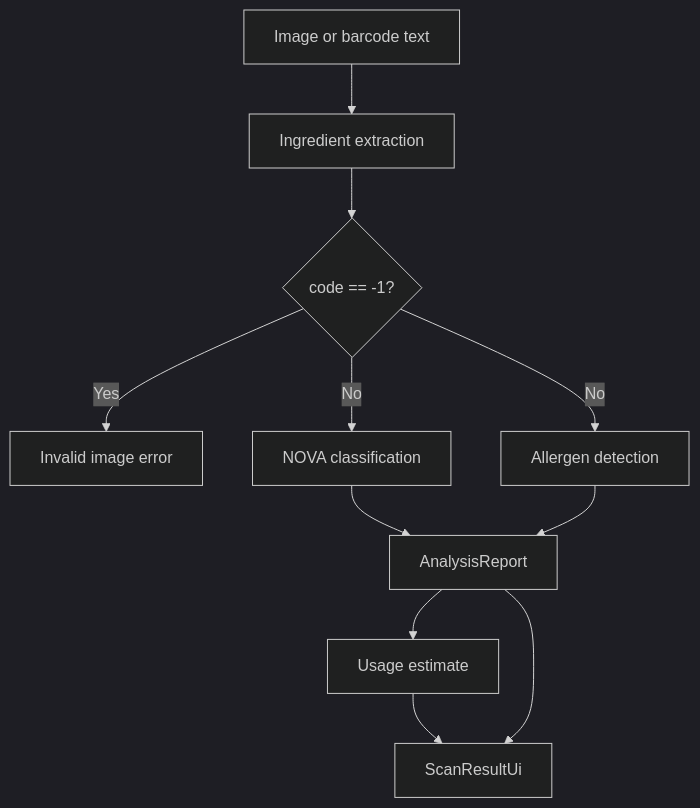
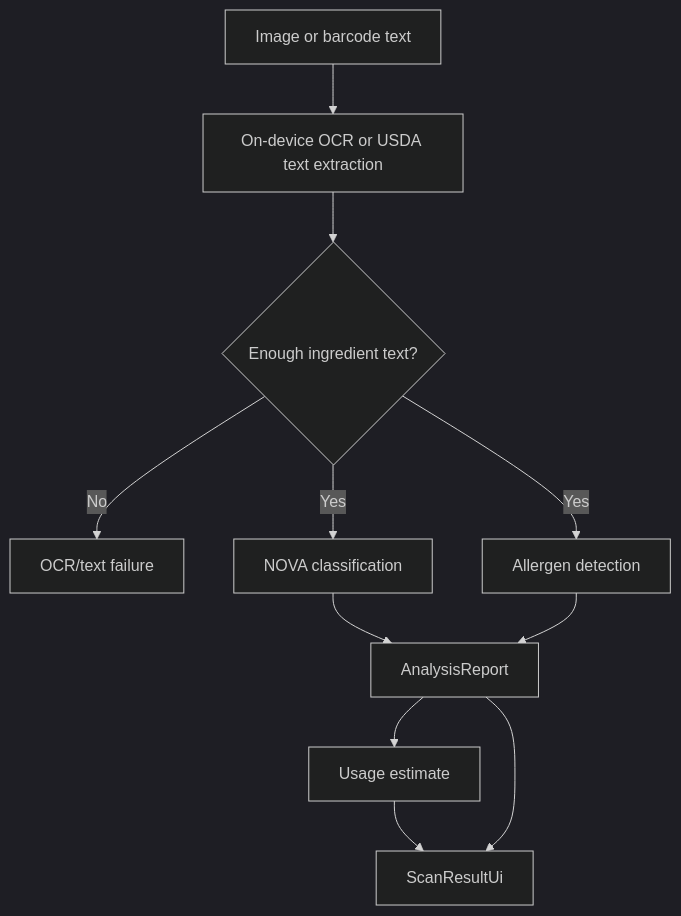
One commit to benevolentbandwidth/ultraprocessed changed the first of 3 diagrams in documentation/04-classification-analysis.md. Above: the diagram before and after it, drawn with Mermaid (dark theme). The commit also changed other lines of this file and 40 other files, not shown here.

````diff
--- a/documentation/04-classification-analysis.md
+++ b/documentation/04-classification-analysis.md
@@ -25,13 +24,13 @@
 ```mermaid
 flowchart TB
-    Input[Image or barcode text] --> Extract[Ingredient extraction]
-    Extract --> Gate{code == -1?}
-    Gate -->|Yes| Invalid[Invalid image error]
-    Gate -->|No| Classify[NOVA classification]
-    Gate -->|No| Allergen[Allergen detection]
+    Input[Image or barcode text] --> Extract[On-device OCR or USDA text extraction]
+    Extract --> Gate{Enough ingredient text?}
+    Gate -->|No| Invalid[OCR/text failure]
+    Gate -->|Yes| Classify[NOVA classification]
+    Gate -->|Yes| Allergen[Allergen detection]
     Classify --> Result[AnalysisReport]
     Allergen --> Result
     Result --> Usage[Usage estimate]
     Usage --> Ui
     Result --> Ui[ScanResultUi]
 ```
````
